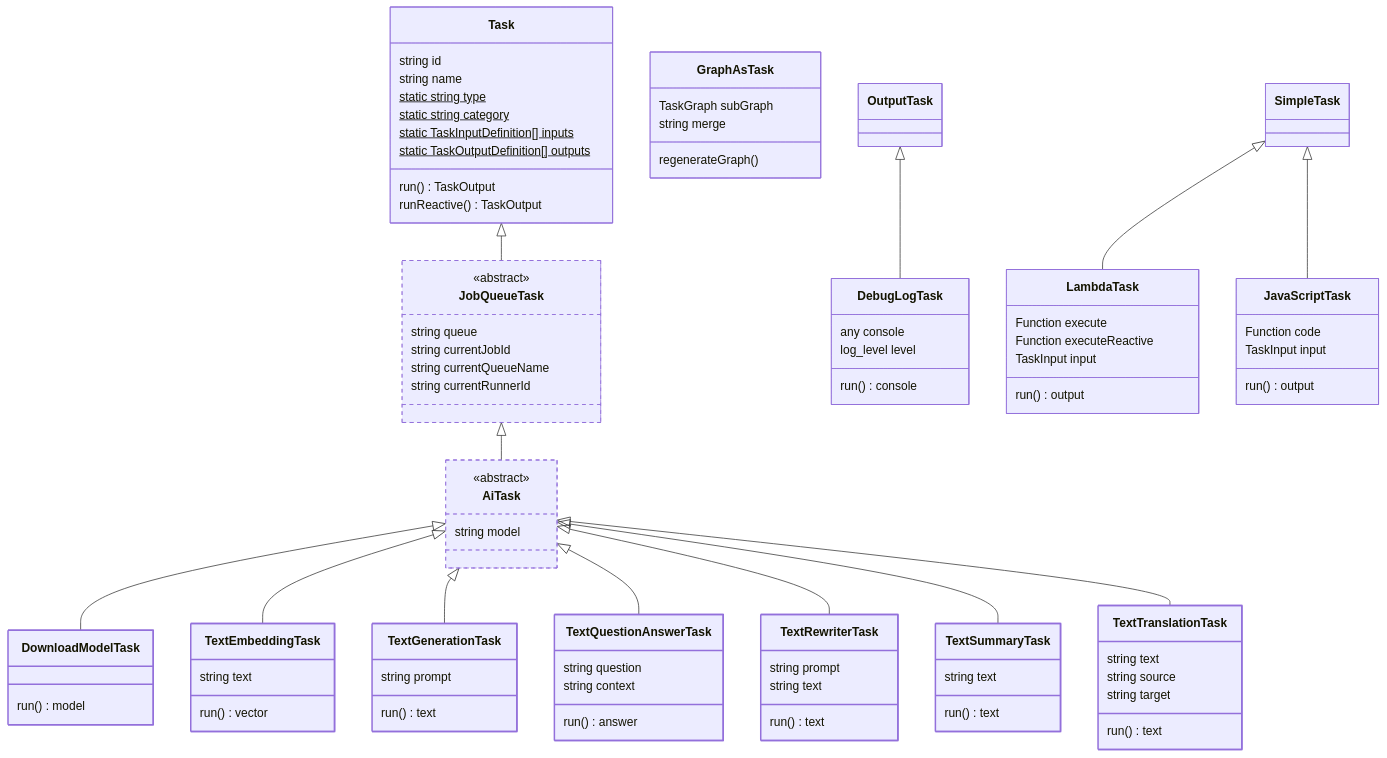
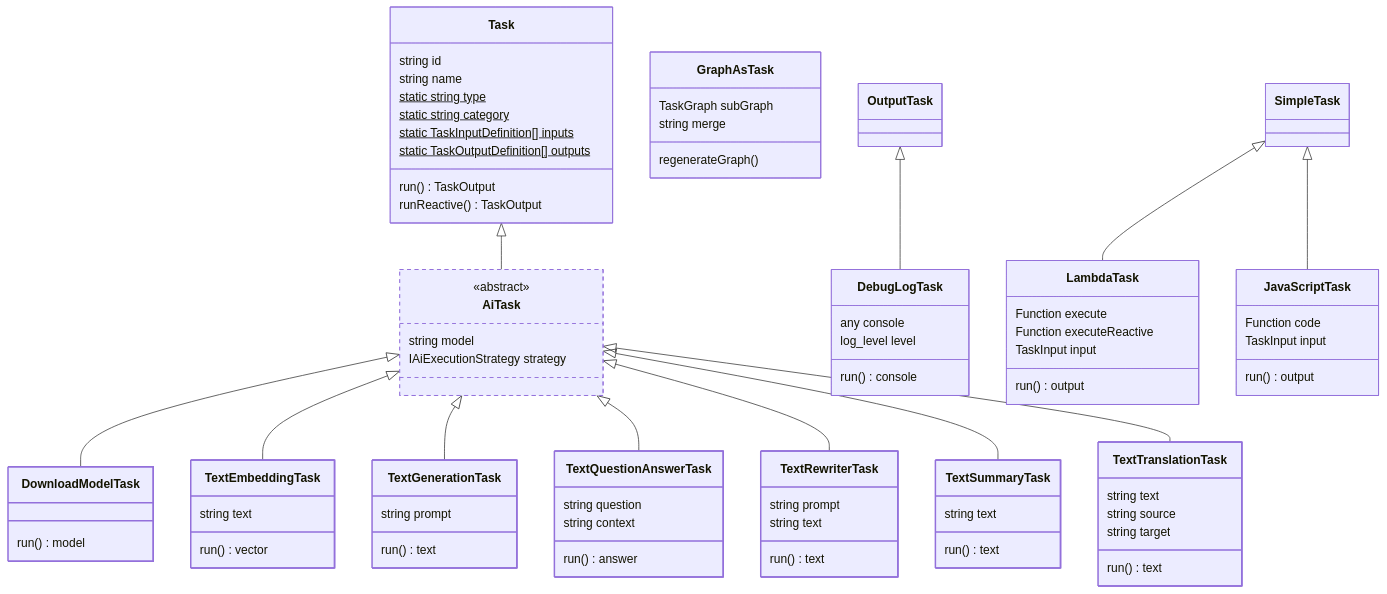
Before and after one commit to workglow-dev/workglow: the second of 5 diagrams in docs/developers/02_architecture.md, drawn with Mermaid. The commit also changed 31 other files, not shown here.

First line of the commit message:
feat(queue-status): remove JobQueueTask from the task class heirarchy

```diff
--- a/docs/developers/02_architecture.md
+++ b/docs/developers/02_architecture.md
@@ -125,21 +125,12 @@
       regenerateGraph()
     }
 
-    class JobQueueTask{
-      string queue
-      string currentJobId
-      string currentQueueName
-      string currentRunnerId
-    }
-    <<abstract>> JobQueueTask
-    Task <|-- JobQueueTask
-    style JobQueueTask type:abstract,stroke-dasharray: 5 5
-
     class AiTask{
       string model
+      IAiExecutionStrategy strategy
     }
     <<abstract>> AiTask
-    JobQueueTask <|-- AiTask
+    Task <|-- AiTask
     style AiTask type:abstract,stroke-dasharray: 5 5
 
 
```
